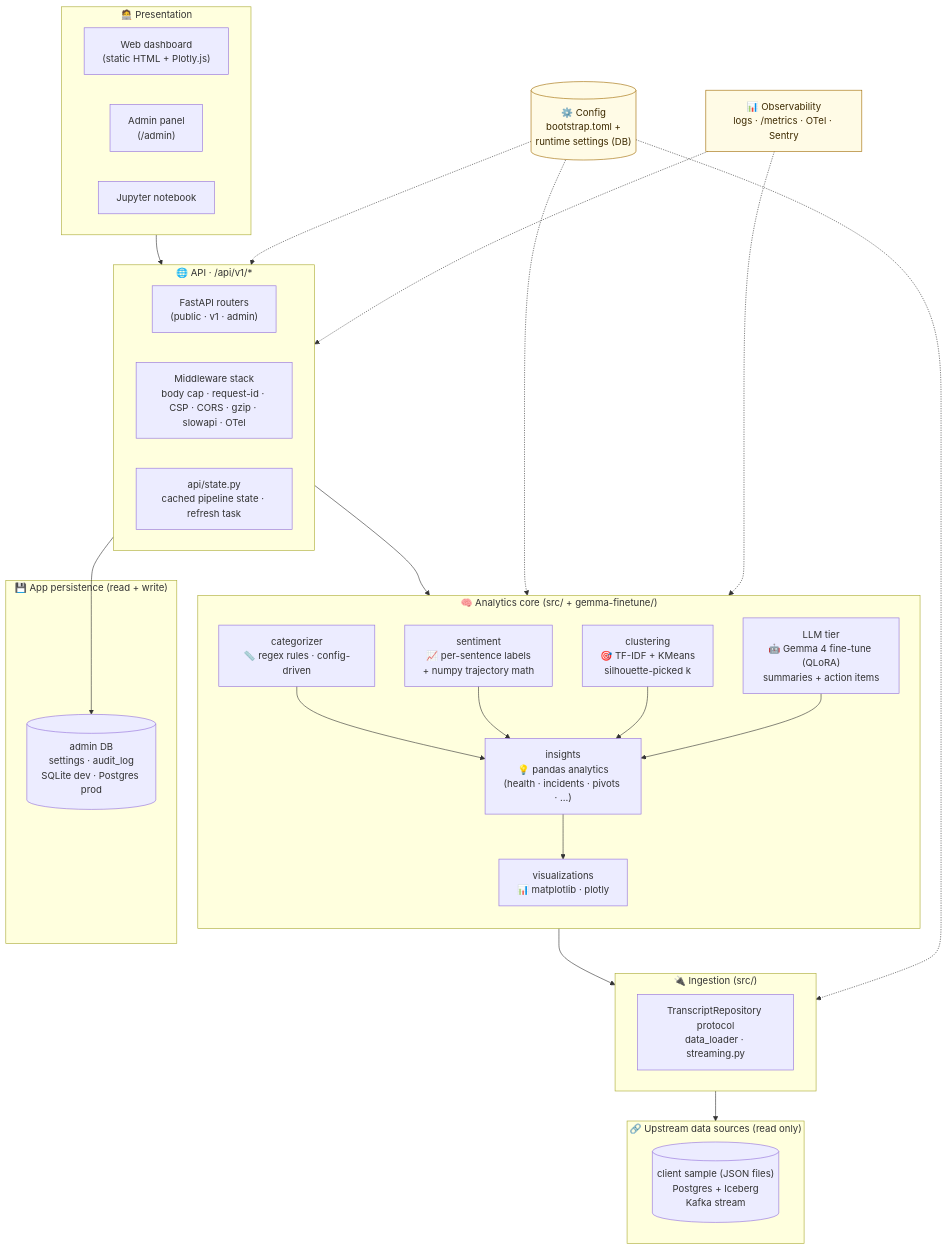
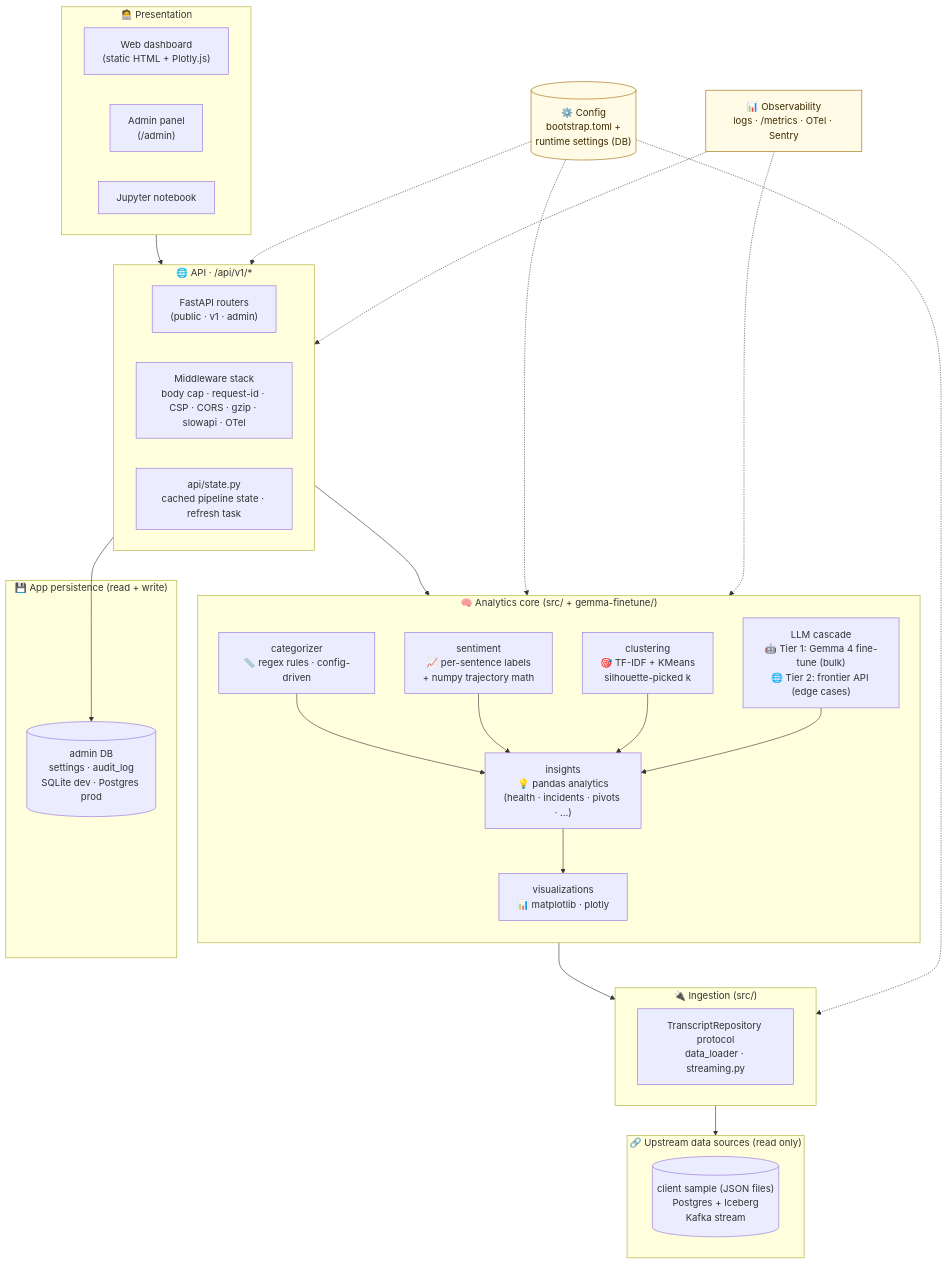
One commit to r2st/rubrik changed the second of 19 diagrams in docs/ARCHITECTURE.md. Above: the diagram before and after it, drawn with Mermaid. The commit also changed other lines of this file and 3 other files, not shown here.

````diff
--- a/docs/ARCHITECTURE.md
+++ b/docs/ARCHITECTURE.md
@@ -102,52 +102,52 @@
 ```mermaid
 flowchart TB
     subgraph L5["🧑‍💻 Presentation"]
         UI["Web dashboard<br/>(static HTML + Plotly.js)"]
         AdminUI["Admin panel<br/>(/admin)"]
         Notebook["Jupyter notebook"]
     end
     subgraph L4["🌐 API · /api/v1/*"]
         Routes["FastAPI routers<br/>(public · v1 · admin)"]
         MW["Middleware stack<br/>body cap · request-id · CSP · CORS · gzip · slowapi · OTel"]
         State["api/state.py<br/>cached pipeline state · refresh task"]
     end
     subgraph L3["🧠 Analytics core (src/ + gemma-finetune/)"]
         direction TB
         Rules["categorizer<br/>📏 regex rules · config-driven"]
         SentS["sentiment<br/>📈 per-sentence labels<br/>+ numpy trajectory math"]
         ML["clustering<br/>🎯 TF-IDF + KMeans<br/>silhouette-picked k"]
-        LLM["LLM tier<br/>🤖 Gemma 4 fine-tune (QLoRA)<br/>summaries + action items"]
+        LLM["LLM cascade<br/>🤖 Tier 1: Gemma 4 fine-tune (bulk)<br/>🌐 Tier 2: frontier API (edge cases)"]
         InsightsB["insights<br/>💡 pandas analytics<br/>(health · incidents · pivots · …)"]
         VizB["visualizations<br/>📊 matplotlib · plotly"]
         Rules --> InsightsB
         SentS --> InsightsB
         ML --> InsightsB
         LLM --> InsightsB
         InsightsB --> VizB
     end
     subgraph L2["🔌 Ingestion (src/)"]
         IngestLayer["TranscriptRepository protocol<br/>data_loader · streaming.py"]
     end
     subgraph L1["💾 App persistence (read + write)"]
         AdminDB[("admin DB<br/>settings · audit_log<br/>SQLite dev · Postgres prod")]
     end
     subgraph Ext["🔗 Upstream data sources (read only)"]
         DataSrc[("client sample (JSON files)<br/>Postgres + Iceberg<br/>Kafka stream")]
     end
 
     L5 --> L4
     L4 --> L3
     L4 --> AdminDB
     L3 --> L2
     L2 --> Ext
 
     Cfg2[("⚙️ Config<br/>bootstrap.toml +<br/>runtime settings (DB)")]:::cross
     Obs["📊 Observability<br/>logs · /metrics · OTel · Sentry"]:::cross
     Cfg2 -.-> L2
     Cfg2 -.-> L3
     Cfg2 -.-> L4
     Obs -.-> L3
     Obs -.-> L4
 
     classDef cross fill:#fffbe6,stroke:#a06b00,color:#3d2a00
 ```
````
